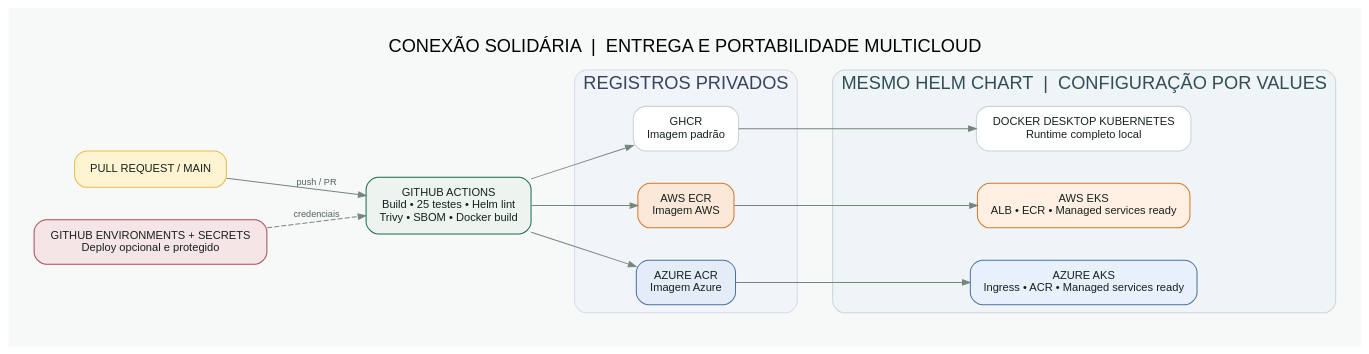
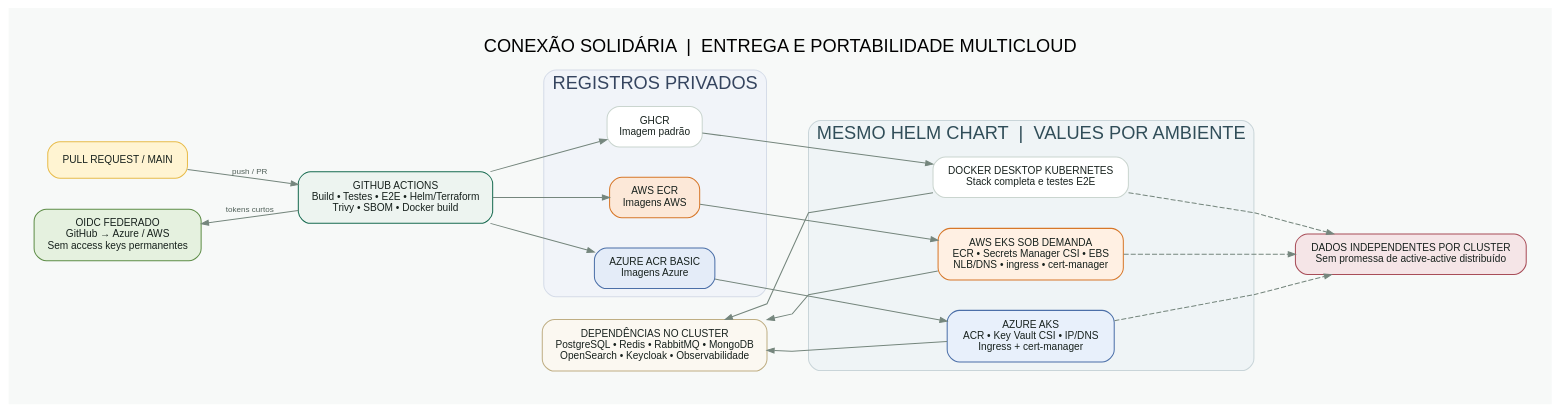
One commit to louresb/fiap-conexao-solidaria changed the diagram in docs/architecture/deployment-topology.dot. Above: the diagram before and after it, drawn with Graphviz. The commit also changed 6 other files, not shown here.

First line of the commit message:
docs(architecture): alinhar documentação executiva à plataforma implantada (#101)

```diff
--- a/docs/architecture/deployment-topology.dot
+++ b/docs/architecture/deployment-topology.dot
@@ -1,35 +1,43 @@
 digraph Deployment {
-  graph [rankdir=LR, bgcolor="#F7F9F8", pad="0.35", nodesep="0.45", ranksep="0.70", splines=polyline, fontname="Arial", fontsize=18, labelloc="t", label="CONEXÃO SOLIDÁRIA  |  ENTREGA E PORTABILIDADE MULTICLOUD"];
-  node [shape=rect, style="rounded,filled", color="#CAD5CF", fillcolor="#FFFFFF", fontname="Arial", fontcolor="#17211D", fontsize=11, margin="0.20,0.14"];
-  edge [color="#75867D", fontname="Arial", fontcolor="#52615A", fontsize=9, arrowsize=0.75];
+  graph [rankdir=LR, bgcolor="#F7F9F8", pad="0.35", nodesep="0.42", ranksep="0.66", splines=polyline, fontname="Arial", fontsize=18, labelloc="t", label="CONEXÃO SOLIDÁRIA  |  ENTREGA E PORTABILIDADE MULTICLOUD"];
+  node [shape=rect, style="rounded,filled", color="#CAD5CF", fillcolor="#FFFFFF", fontname="Arial", fontcolor="#17211D", fontsize=10, margin="0.18,0.13"];
+  edge [color="#75867D", fontname="Arial", fontcolor="#52615A", fontsize=8, arrowsize=0.7];
 
   developer [label="PULL REQUEST / MAIN", fillcolor="#FFF4D2", color="#E8BC4B"];
-  actions [label="GITHUB ACTIONS\nBuild • 25 testes • Helm lint\nTrivy • SBOM • Docker build", fillcolor="#EDF4F0", color="#176B50"];
+  actions [label="GITHUB ACTIONS\nBuild • Testes • E2E • Helm/Terraform\nTrivy • SBOM • Docker build", fillcolor="#EDF4F0", color="#176B50"];
+  oidc [label="OIDC FEDERADO\nGitHub → Azure / AWS\nSem access keys permanentes", fillcolor="#E5F1DF", color="#5E8D47"];
 
   subgraph cluster_registry {
     label="REGISTROS PRIVADOS";
     style="rounded,filled"; color="#D5DCE8"; fillcolor="#F1F4F9"; fontcolor="#35445F";
     ghcr [label="GHCR\nImagem padrão"];
-    ecr [label="AWS ECR\nImagem AWS", fillcolor="#FCE8D8", color="#D77729"];
-    acr [label="AZURE ACR\nImagem Azure", fillcolor="#E4ECF8", color="#4B6FA8"];
+    ecr [label="AWS ECR\nImagens AWS", fillcolor="#FCE8D8", color="#D77729"];
+    acr [label="AZURE ACR BASIC\nImagens Azure", fillcolor="#E4ECF8", color="#4B6FA8"];
   }
 
   subgraph cluster_runtime {
-    label="MESMO HELM CHART  |  CONFIGURAÇÃO POR VALUES";
+    label="MESMO HELM CHART  |  VALUES POR AMBIENTE";
     style="rounded,filled"; color="#C9D5D9"; fillcolor="#EFF4F6"; fontcolor="#304D58";
-    local [label="DOCKER DESKTOP KUBERNETES\nRuntime completo local", fillcolor="#FFFFFF"];
-    aws [label="AWS EKS\nALB • ECR • Managed services ready", fillcolor="#FFF0E3", color="#D77729"];
-    azure [label="AZURE AKS\nIngress • ACR • Managed services ready", fillcolor="#E8F0FB", color="#4B6FA8"];
+    local [label="DOCKER DESKTOP KUBERNETES\nStack completa e testes E2E", fillcolor="#FFFFFF"];
+    azure [label="AZURE AKS\nACR • Key Vault CSI • IP/DNS\nIngress + cert-manager", fillcolor="#E8F0FB", color="#4B6FA8"];
+    aws [label="AWS EKS SOB DEMANDA\nECR • Secrets Manager CSI • EBS\nNLB/DNS • ingress • cert-manager", fillcolor="#FFF0E3", color="#D77729"];
   }
 
-  secrets [label="GITHUB ENVIRONMENTS + SECRETS\nDeploy opcional e protegido", fillcolor="#F5E5E7", color="#A84D58"];
+  dependencies [label="DEPENDÊNCIAS NO CLUSTER\nPostgreSQL • Redis • RabbitMQ • MongoDB\nOpenSearch • Keycloak • Observabilidade", fillcolor="#FBF8F1", color="#BFAE83"];
+  isolation [label="DADOS INDEPENDENTES POR CLUSTER\nSem promessa de active-active distribuído", fillcolor="#F5E5E7", color="#A84D58"];
 
   developer -> actions [label="push / PR"];
+  oidc -> actions [dir=back, label="tokens curtos"];
   actions -> ghcr;
   actions -> ecr;
   actions -> acr;
   ghcr -> local;
+  acr -> azure;
   ecr -> aws;
-  acr -> azure;
-  secrets -> actions [label="credenciais", style=dashed];
+  dependencies -> local [dir=back];
+  dependencies -> azure [dir=back];
+  dependencies -> aws [dir=back];
+  local -> isolation [style=dashed];
+  azure -> isolation [style=dashed];
+  aws -> isolation [style=dashed];
 }
```
